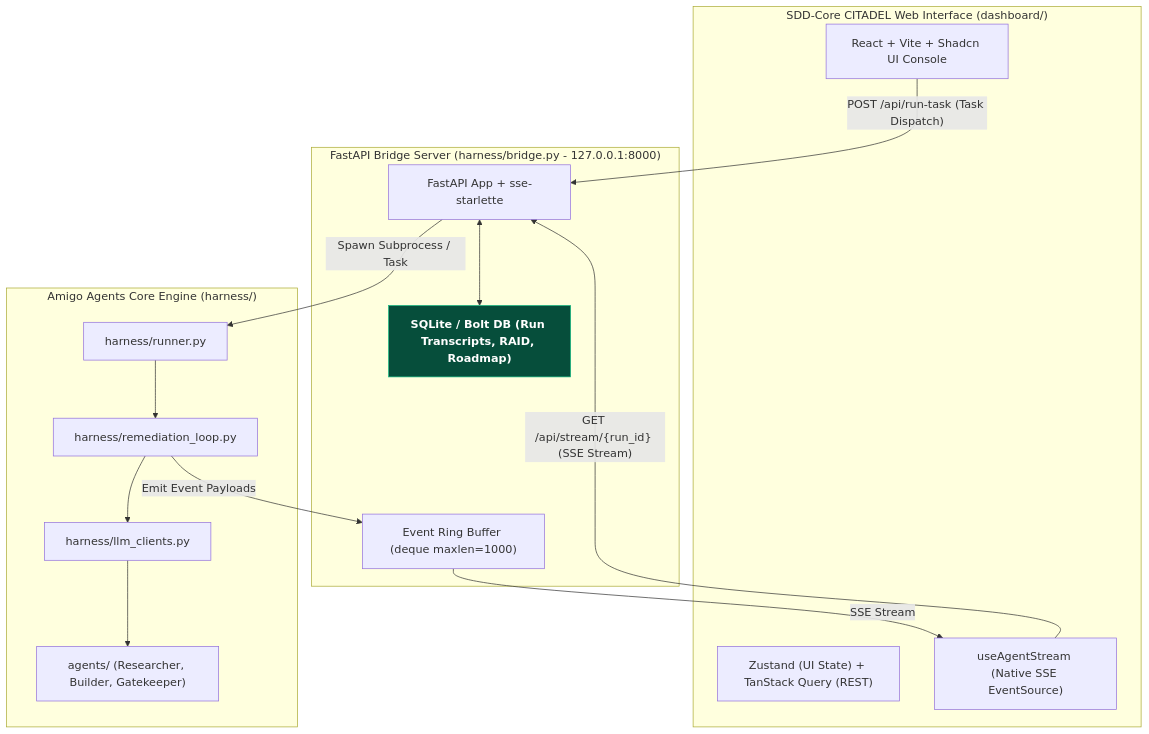
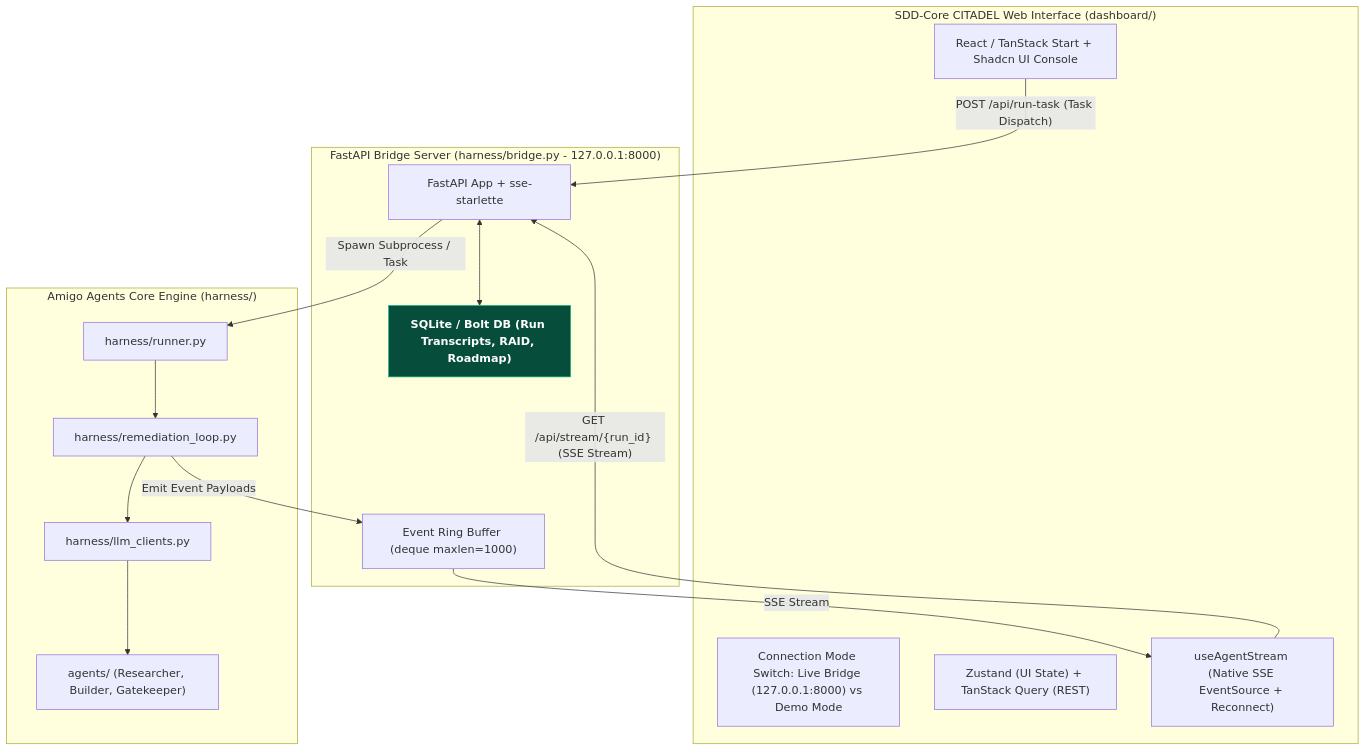
The diagram in docs/GOAL-AMIGO-AGENTS-DASHBOARD-001.md (hanax-ai/sdd-core-citadel), drawn with Mermaid before and after one commit. The commit also changed other lines of this file, not shown here.

````diff
--- a/docs/GOAL-AMIGO-AGENTS-DASHBOARD-001.md
+++ b/docs/GOAL-AMIGO-AGENTS-DASHBOARD-001.md
@@ -25,32 +25,33 @@
 ```mermaid
 flowchart TD
     subgraph Frontend ["SDD-Core CITADEL Web Interface (dashboard/)"]
-        UI["React + Vite + Shadcn UI Console"]
+        UI["React / TanStack Start + Shadcn UI Console"]
+        ModeSwitch["Connection Mode Switch: Live Bridge (127.0.0.1:8000) vs Demo Mode"]
         State["Zustand (UI State) + TanStack Query (REST)"]
-        StreamHook["useAgentStream (Native SSE EventSource)"]
+        StreamHook["useAgentStream (Native SSE EventSource + Reconnect)"]
     end
 
     subgraph BridgeServer ["FastAPI Bridge Server (harness/bridge.py - 127.0.0.1:8000)"]
         FastAPI["FastAPI App + sse-starlette"]
         RingBuffer["Event Ring Buffer (deque maxlen=1000)"]
         LocalDB["SQLite / Bolt DB (Run Transcripts, RAID, Roadmap)"]
     end
 
     subgraph HarnessCore ["Amigo Agents Core Engine (harness/)"]
         Runner["harness/runner.py"]
         Remediation["harness/remediation_loop.py"]
         LLMClients["harness/llm_clients.py"]
         Agents["agents/ (Researcher, Builder, Gatekeeper)"]
     end
 
     UI -->|"POST /api/run-task (Task Dispatch)"| FastAPI
     StreamHook -->|"GET /api/stream/{run_id} (SSE Stream)"| FastAPI
     FastAPI -->|"Spawn Subprocess / Task"| Runner
     Runner --> Remediation --> LLMClients --> Agents
     Remediation -->|"Emit Event Payloads"| RingBuffer
     RingBuffer -->|"SSE Stream"| StreamHook
     FastAPI <--> LocalDB
 
     classDef passStyle fill:#064e3b,stroke:#10b981,color:#fff,font-weight:bold;
     LocalDB:::passStyle
 ```
````
